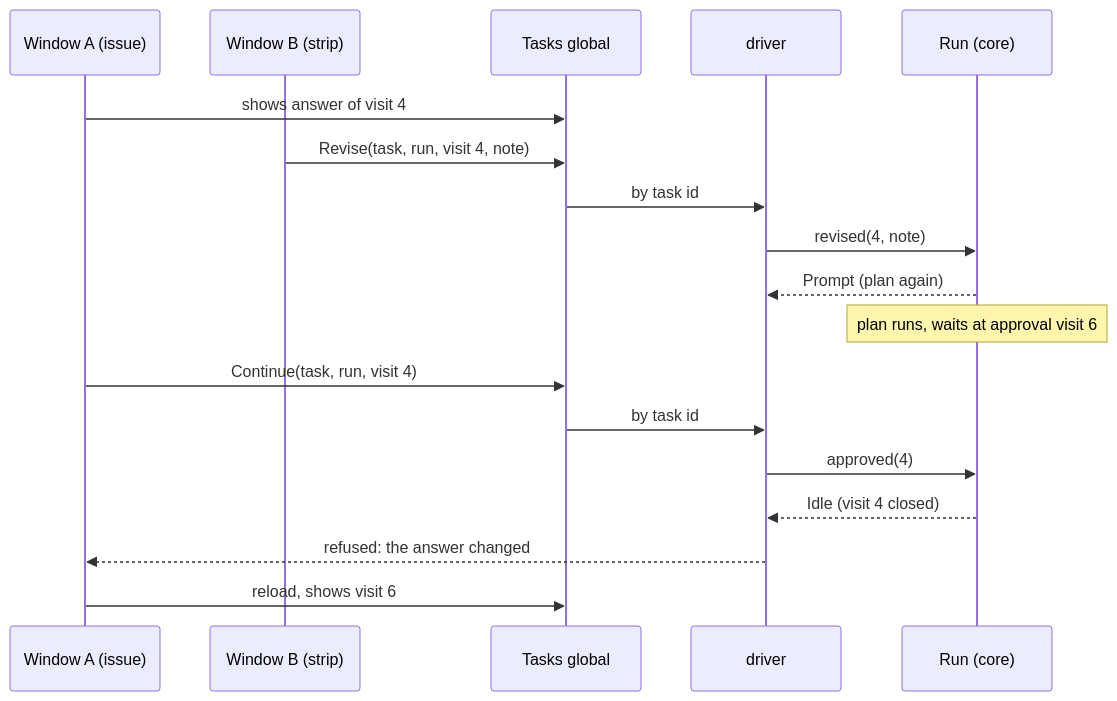
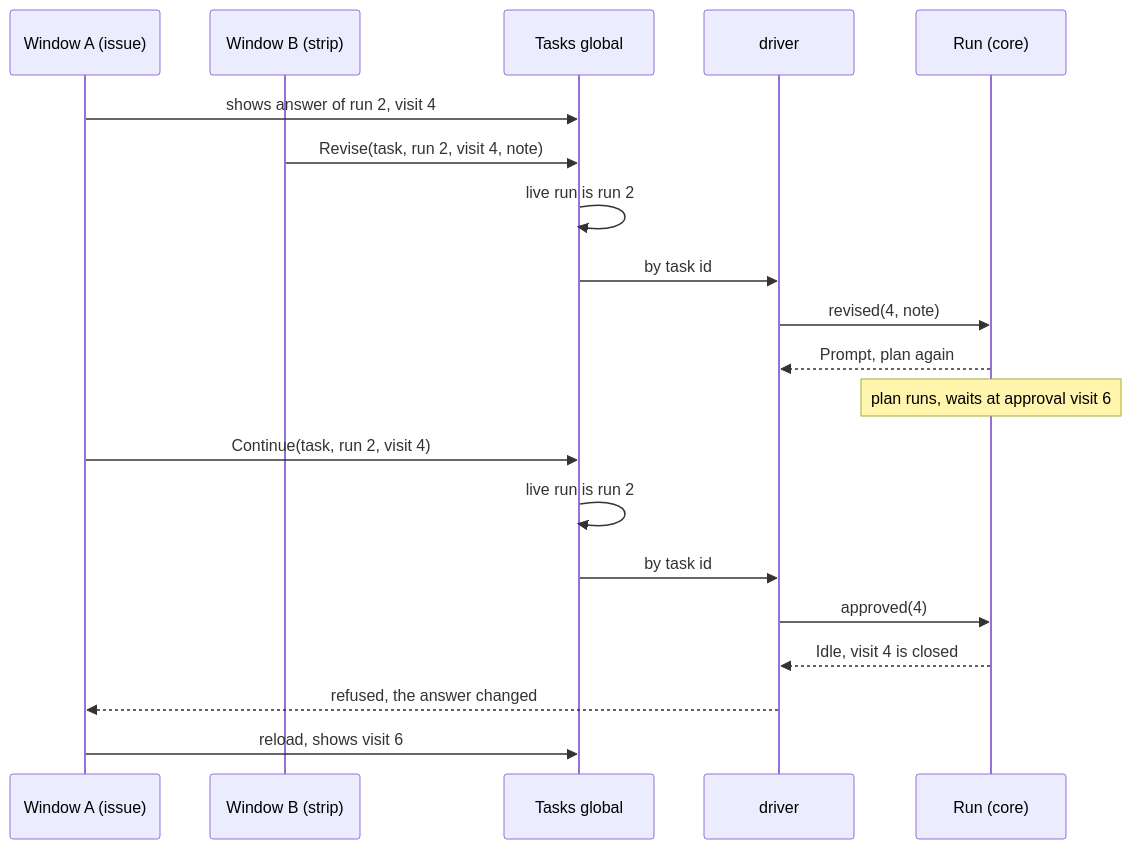
Before and after one commit to jarviisha/onehand: the third of 5 diagrams in docs/proposals/issue-workflows/architecture.md, drawn with Mermaid. The commit also changed other lines of this file and 4 other files, not shown here.

````diff
--- a/docs/proposals/issue-workflows/architecture.md
+++ b/docs/proposals/issue-workflows/architecture.md
@@ -115,21 +151,23 @@
 ```mermaid
 sequenceDiagram
     participant A as Window A (issue)
     participant B as Window B (strip)
     participant T as Tasks global
     participant D as driver
     participant R as Run (core)
 
-    A->>T: shows answer of visit 4
-    B->>T: Revise(task, run, visit 4, note)
+    A->>T: shows answer of run 2, visit 4
+    B->>T: Revise(task, run 2, visit 4, note)
+    T->>T: live run is run 2
     T->>D: by task id
     D->>R: revised(4, note)
-    R-->>D: Prompt (plan again)
+    R-->>D: Prompt, plan again
     Note over R: plan runs, waits at approval visit 6
-    A->>T: Continue(task, run, visit 4)
+    A->>T: Continue(task, run 2, visit 4)
+    T->>T: live run is run 2
     T->>D: by task id
     D->>R: approved(4)
-    R-->>D: Idle (visit 4 closed)
-    D-->>A: refused: the answer changed
+    R-->>D: Idle, visit 4 is closed
+    D-->>A: refused, the answer changed
     A->>T: reload, shows visit 6
 ```
````
